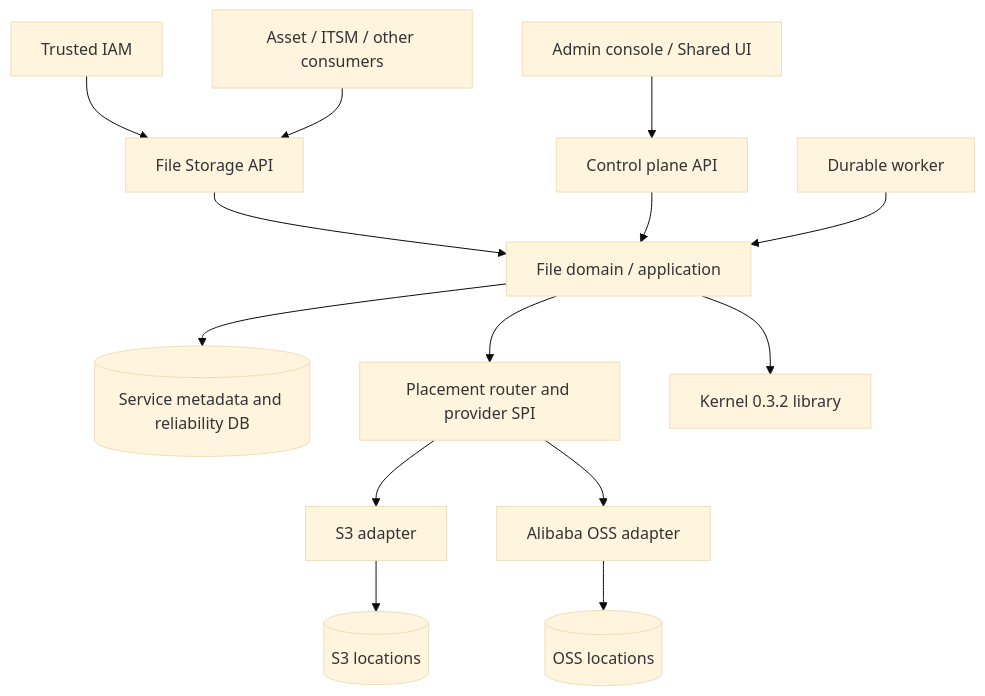
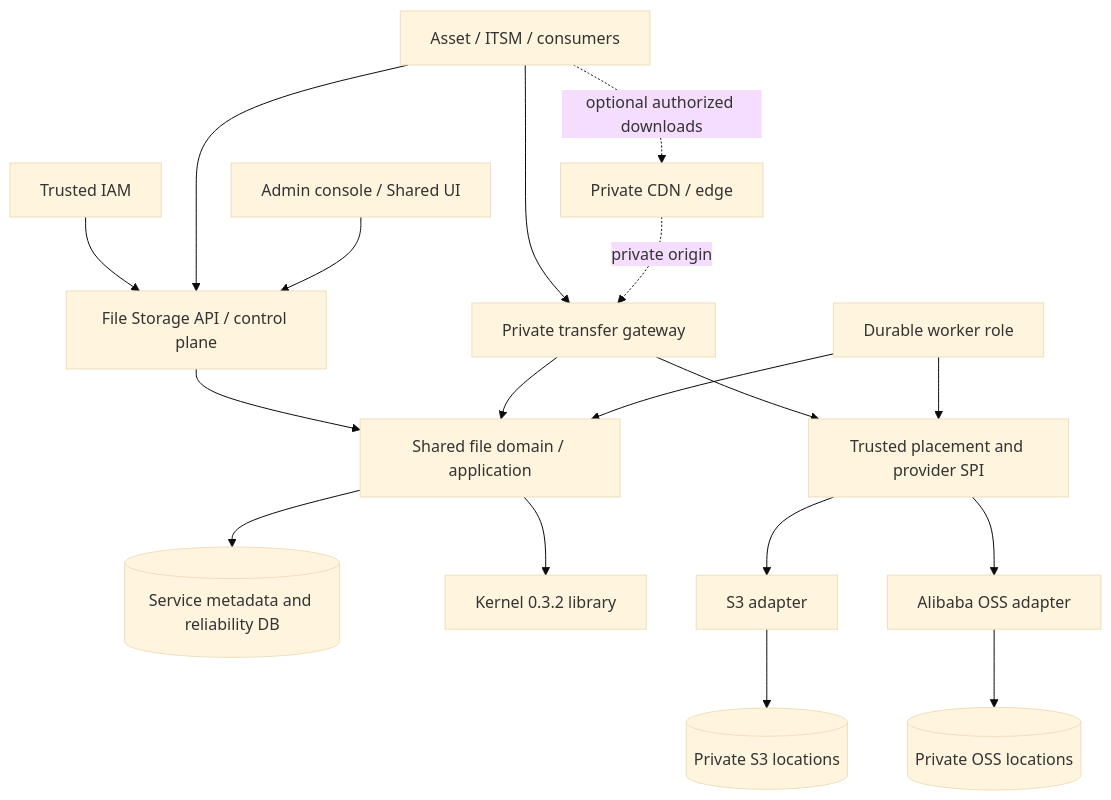
One commit to vyrnforge/file-storage changed the diagram in docs/architecture/01_ARCHITECTURE.md. Above: the diagram before and after it, drawn with Mermaid (base theme). The commit also changed other lines of this file and 12 other files, not shown here.

Commit message:
docs: approve DEC-FS012 independent transfer gateway and runtime roles

````diff
--- a/docs/architecture/01_ARCHITECTURE.md
+++ b/docs/architecture/01_ARCHITECTURE.md
@@ -5,16 +5,20 @@
-```mermaid
+ ```mermaid
 flowchart TD
-  IAM[Trusted IAM] --> API[File Storage API]
-  APPS[Asset / ITSM / other consumers] --> API
-  UI[Admin console / Shared UI] --> CP[Control plane API]
-  API --> DOMAIN[File domain / application]
-  CP --> DOMAIN
+  IAM[Trusted IAM] --> API[File Storage API / control plane]
+  APPS[Asset / ITSM / consumers] --> API
+  APPS --> TRANSFER[Private transfer gateway]
+  UI[Admin console / Shared UI] --> API
+  API --> DOMAIN[Shared file domain / application]
+  TRANSFER --> DOMAIN
+  WORKER[Durable worker role] --> DOMAIN
   DOMAIN --> META[(Service metadata and reliability DB)]
-  DOMAIN --> ROUTER[Placement router and provider SPI]
+  DOMAIN --> K[Kernel 0.3.2 library]
+  TRANSFER --> ROUTER[Trusted placement and provider SPI]
+  WORKER --> ROUTER
   ROUTER --> S3[S3 adapter]
   ROUTER --> OSS[Alibaba OSS adapter]
-  S3 --> B1[(S3 locations)]
-  OSS --> B2[(OSS locations)]
-  DOMAIN --> K[Kernel 0.3.2 library]
-  WORKER[Durable worker] --> DOMAIN
+  S3 --> B1[(Private S3 locations)]
+  OSS --> B2[(Private OSS locations)]
+  APPS -. optional authorized downloads .-> CDN[Private CDN / edge]
+  CDN -. private origin .-> TRANSFER
 ```
````
